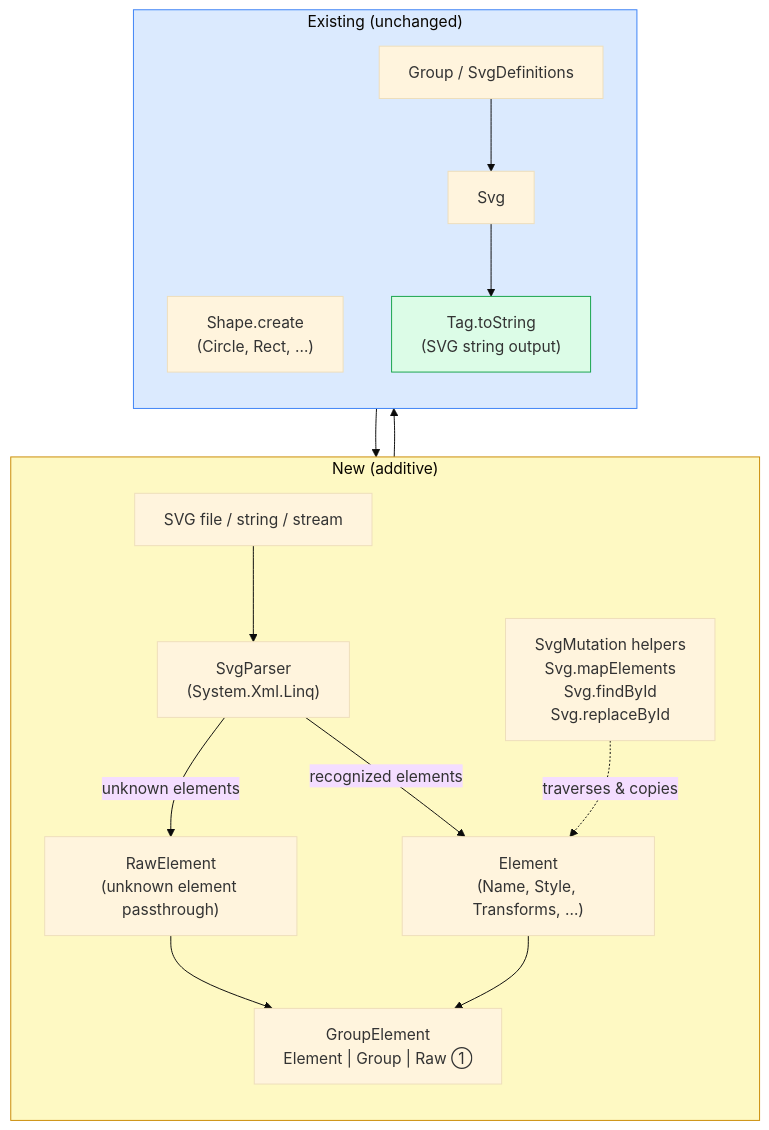
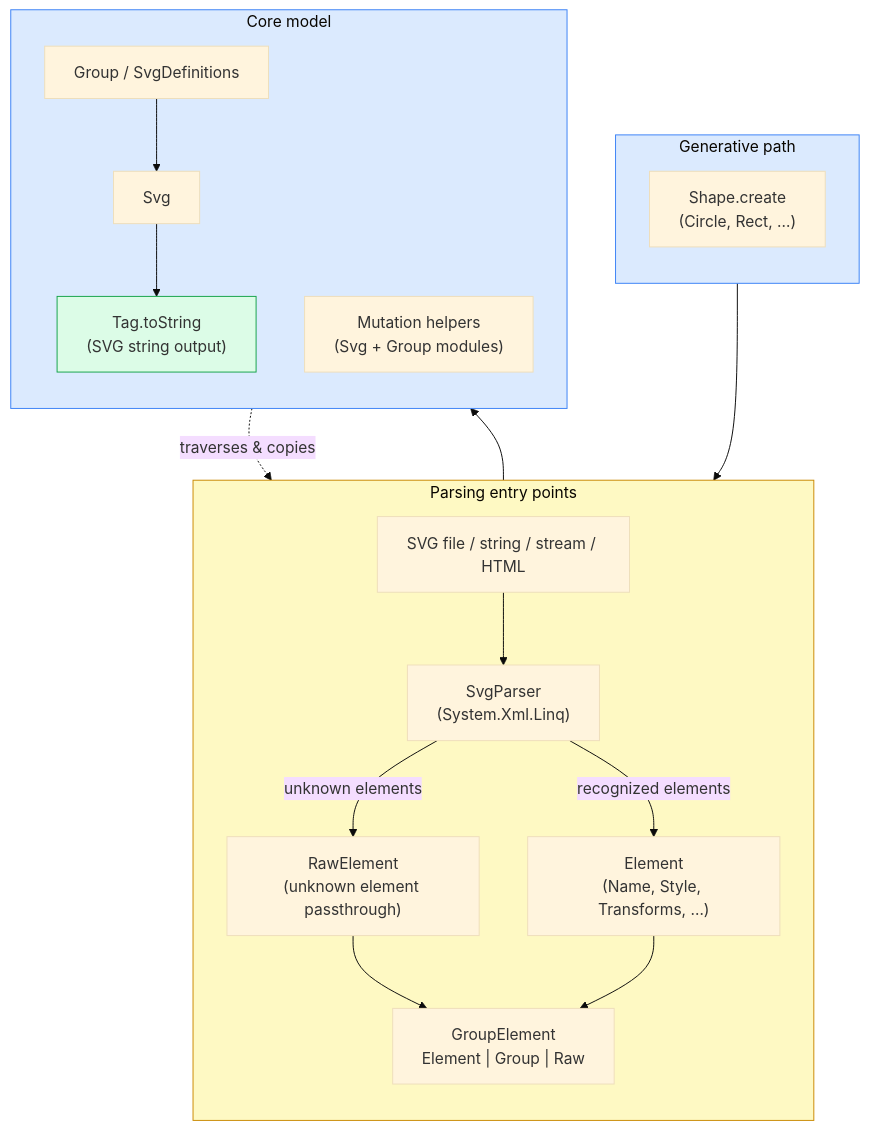
The first of 2 diagrams in DESIGN.md (ChrisNikkel/SharpVG), drawn with Mermaid (base theme) before and after one commit. The commit also changed other lines of this file and 6 other files, not shown here.

Commit message:
Add requirements and design documentation for SVG parsing and mutation

````diff
--- a/DESIGN.md
+++ b/DESIGN.md
@@ -31,34 +11,39 @@
 ```mermaid
 flowchart TD
-    subgraph NEW ["New (additive)"]
+    subgraph PARSE ["Parsing entry points"]
         direction TB
-        P["SVG file / string / stream"]
+        P["SVG file / string / stream / HTML"]
         PS["SvgParser<br/>(System.Xml.Linq)"]
-        RE["RawElement<br/>(unknown element passthrough)"]
-        MUT["SvgMutation helpers<br/>Svg.mapElements<br/>Svg.findById<br/>Svg.replaceById"]
         P --> PS
         PS -->|"recognized elements"| E
         PS -->|"unknown elements"| RE
         RE --> GE
-        MUT -.->|"traverses & copies"| E
     end
 
-    subgraph EXISTING ["Existing (unchanged)"]
+    subgraph GENERATE ["Generative path"]
         direction TB
         SH["Shape.create<br/>(Circle, Rect, …)"]
+        SH --> E
+    end
+
+    subgraph CORE ["Core model"]
+        direction TB
         E["Element<br/>(Name, Style, Transforms, …)"]
-        GE["GroupElement<br/>Element | Group | Raw ①"]
+        RE["RawElement<br/>(unknown element passthrough)"]
+        GE["GroupElement<br/>Element | Group | Raw"]
         G["Group / SvgDefinitions"]
         SV["Svg"]
         OUT["Tag.toString<br/>(SVG string output)"]
-        SH --> E
+        MUT["Mutation helpers<br/>(Svg + Group modules)"]
         E --> GE
         GE --> G
         G --> SV
         SV --> OUT
+        MUT -.->|"traverses & copies"| GE
     end
 
-    style NEW fill:#fef9c3,stroke:#ca8a04
-    style EXISTING fill:#dbeafe,stroke:#3b82f6
+    style PARSE fill:#fef9c3,stroke:#ca8a04
+    style GENERATE fill:#dbeafe,stroke:#3b82f6
+    style CORE fill:#dbeafe,stroke:#3b82f6
     style OUT fill:#dcfce7,stroke:#16a34a
 ```
````
